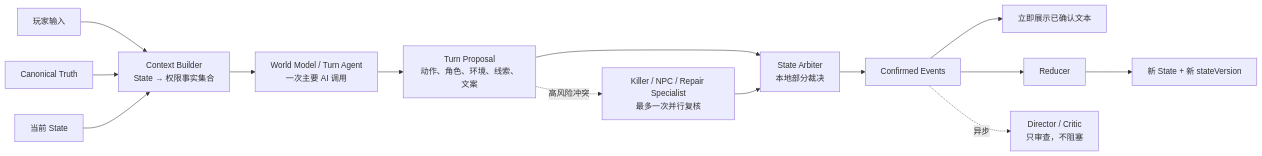
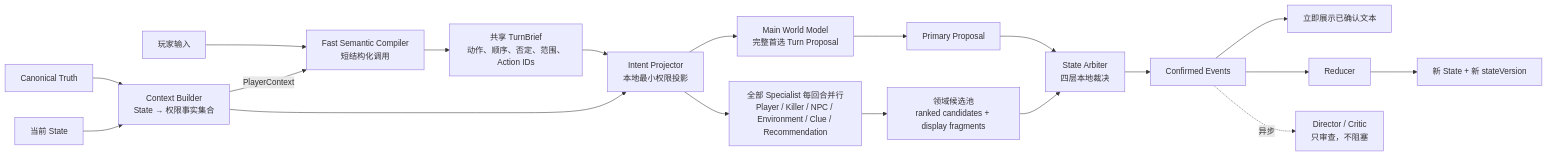
One commit to Aeolianii/murder-loop-ai changed the diagram in docs/ai-first-world-model-arbiter-handoff.md. Above: the diagram before and after it, drawn with Mermaid. The commit also changed other lines of this file, not shown here.

Commit message:
docs(architecture): add turn brief parallel agent design

````diff
--- a/docs/ai-first-world-model-arbiter-handoff.md
+++ b/docs/ai-first-world-model-arbiter-handoff.md
@@ -86,20 +88,27 @@
 ```mermaid
 flowchart LR
-    Input["玩家输入"] --> Context["Context Builder<br/>State → 权限事实集合"]
+    Input["玩家输入"]
+    Context["Context Builder<br/>State → 权限事实集合"]
     Canon["Canonical Truth"] --> Context
     State["当前 State"] --> Context
 
-    Context --> Turn["World Model / Turn Agent<br/>一次主要 AI 调用"]
-    Turn --> Proposal["Turn Proposal<br/>动作、角色、环境、线索、文案"]
+    Input --> Semantic["Fast Semantic Compiler<br/>短结构化调用"]
+    Context -->|PlayerContext| Semantic
+    Semantic --> Brief["共享 TurnBrief<br/>动作、顺序、否定、范围、Action IDs"]
+    Brief --> Projector["Intent Projector<br/>本地最小权限投影"]
+    Context --> Projector
 
-    Proposal --> Arbiter["State Arbiter<br/>本地部分裁决"]
+    Projector --> Turn["Main World Model<br/>完整首选 Turn Proposal"]
+    Projector --> Specialists["全部 Specialist 每回合并行<br/>Player / Killer / NPC / Environment / Clue / Recommendation"]
+    Turn --> Proposal["Primary Proposal"]
+    Specialists --> Candidates["领域候选池<br/>ranked candidates + display fragments"]
+
+    Proposal --> Arbiter["State Arbiter<br/>四层本地裁决"]
+    Candidates --> Arbiter
     Arbiter --> Confirmed["Confirmed Events"]
     Confirmed --> UI["立即展示已确认文本"]
     Confirmed --> Reducer["Reducer"]
     Reducer --> NextState["新 State + 新 stateVersion"]
 
-    Proposal -.高风险冲突.-> Specialists["Killer / NPC / Repair Specialist<br/>最多一次并行复核"]
-    Specialists --> Arbiter
-
     Confirmed -.异步.-> Critic["Director / Critic<br/>只审查，不阻塞"]
 ```
````
